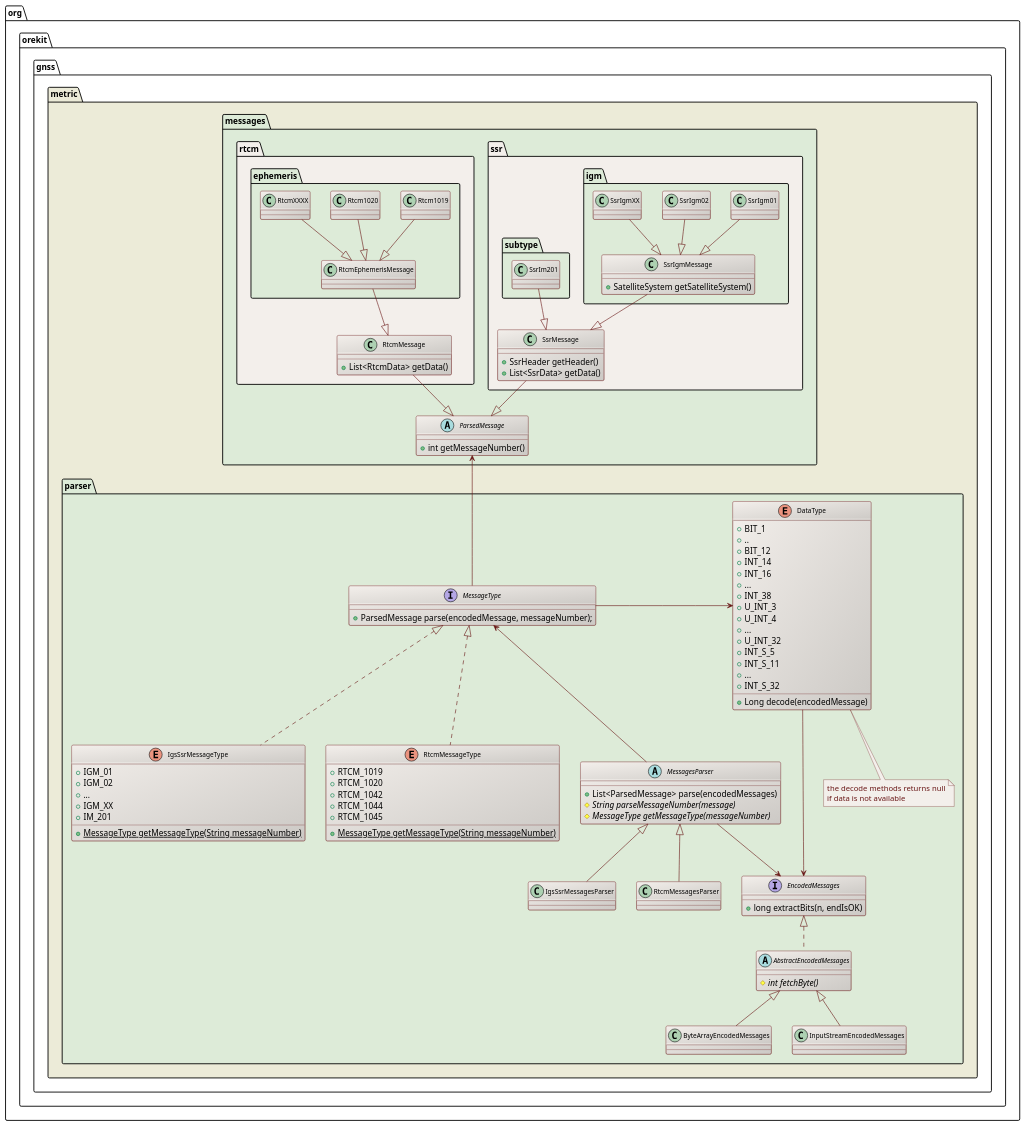
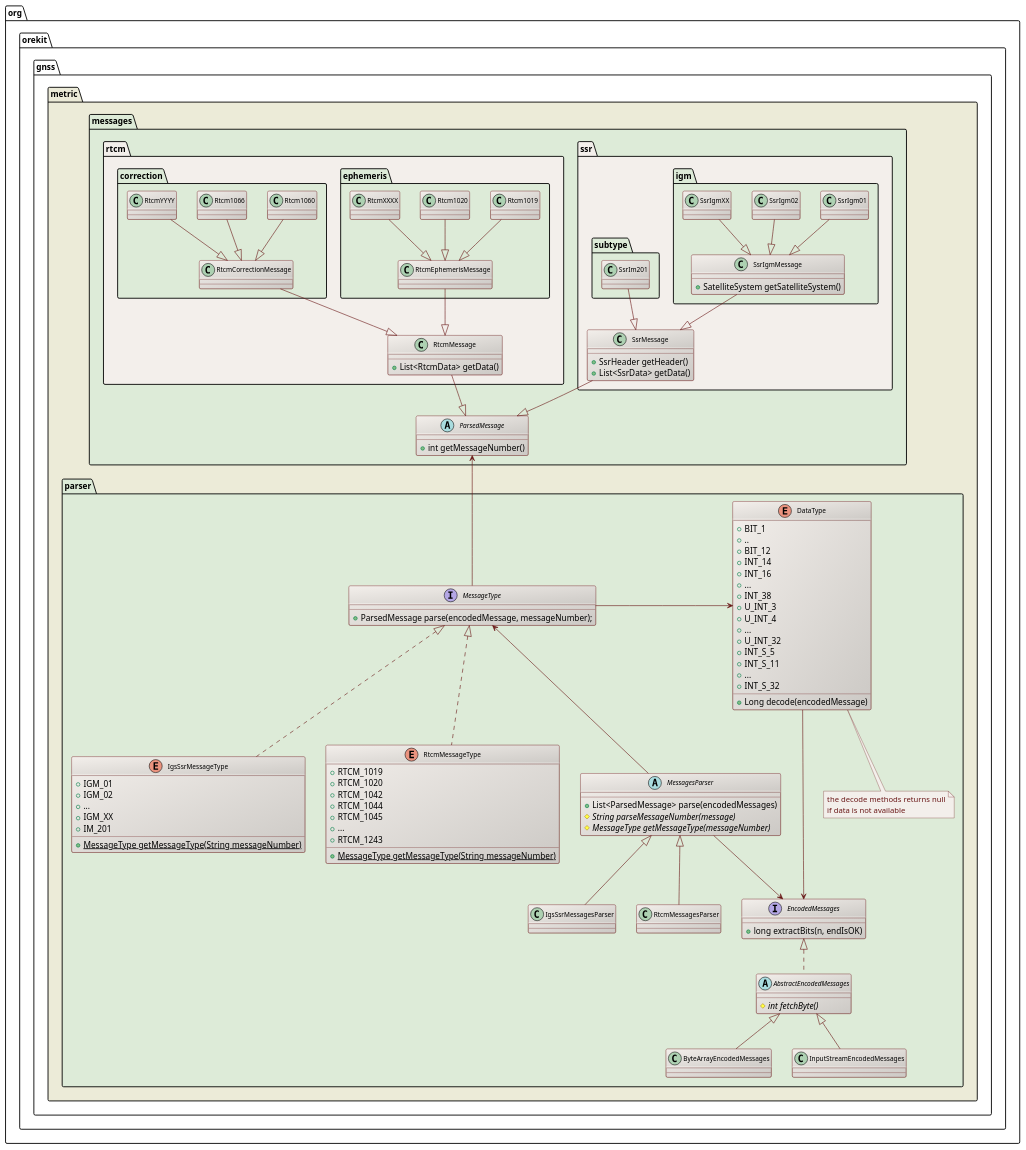
The diagram in src/design/metric-parser-class-diagram.puml (CS-SI/Orekit), drawn with PlantUML before and after one commit. The commit also changed 2 other files, not shown here.

Commit message:
Updated documentation according to the addition of RTCM messages.

```diff
--- a/src/design/metric-parser-class-diagram.puml
+++ b/src/design/metric-parser-class-diagram.puml
@@ -17,151 +17,164 @@
 @startuml
 
   skinparam svek                  true
   skinparam ClassBackgroundColor  #F3EFEB/CCC9C5
   skinparam ClassArrowColor       #691616
   skinparam ClassBorderColor      #691616
   skinparam NoteBackgroundColor   #F3EFEB
   skinparam NoteBorderColor       #691616
   skinparam NoteFontColor         #691616
   skinparam ClassFontSize         11
 
   package org.orekit.gnss.metric #ECEBD8 {
 
     package messages #DDEBD8 {
       
       package ssr #F3EFEB {
       
         package igm #DDEBD8 {
           class SsrIgm01
           class SsrIgm02
           class SsrIgmXX
           class SsrIgmMessage {
             + SatelliteSystem getSatelliteSystem()
           }
         }
         
         package subtype #DDEBD8 {
           class SsrIm201
         }
         
         class SsrMessage {
           + SsrHeader getHeader()
           + List<SsrData> getData()
         }
 
       }
       
       package rtcm #F3EFEB {
       
         package ephemeris #DDEBD8 {
           class Rtcm1019
           class Rtcm1020
           class RtcmXXXX
           class RtcmEphemerisMessage
         }
 
+        package correction #DDEBD8 {
+          class Rtcm1060
+          class Rtcm1066
+          class RtcmYYYY
+          class RtcmCorrectionMessage
+        }
+
         class RtcmMessage {
           + List<RtcmData> getData()
         }
         
       }
 
       abstract class ParsedMessage {
         +int getMessageNumber()
       }
 
       SsrMessage --|> ParsedMessage
       SsrIgmMessage --|> SsrMessage
       SsrIgm01 --|> SsrIgmMessage
       SsrIgm02 --|> SsrIgmMessage
       SsrIgmXX --|> SsrIgmMessage
       SsrIm201 --|> SsrMessage
       RtcmMessage --|> ParsedMessage
       RtcmEphemerisMessage --|> RtcmMessage
+      RtcmCorrectionMessage --|> RtcmMessage
       Rtcm1019 --|> RtcmEphemerisMessage
       Rtcm1020 --|> RtcmEphemerisMessage
       RtcmXXXX --|> RtcmEphemerisMessage
+      Rtcm1060 --|> RtcmCorrectionMessage
+      Rtcm1066 --|> RtcmCorrectionMessage
+      RtcmYYYY --|> RtcmCorrectionMessage
 
     }
 
     package parser #DDEBD8 {
     
       interface MessageType {
         + ParsedMessage parse(encodedMessage, messageNumber);
       }
       
       enum IgsSsrMessageType {
         +IGM_01
         +IGM_02
         +...
         +IGM_XX
         +IM_201
         {static} +MessageType getMessageType(String messageNumber)
       }
 
       enum RtcmMessageType {
         +RTCM_1019
         +RTCM_1020
         +RTCM_1042
         +RTCM_1044
         +RTCM_1045
+        +...
+        +RTCM_1243
         {static} +MessageType getMessageType(String messageNumber)
       }
 
       enum DataType {
         +BIT_1
         +..
         +BIT_12
         +INT_14
         +INT_16
         +...
         +INT_38
         +U_INT_3
         +U_INT_4
         +...
         +U_INT_32
         +INT_S_5
         +INT_S_11
         +...
         +INT_S_32
         +Long decode(encodedMessage)
       }
       note bottom
       the decode methods returns null
       if data is not available
       end note
 
       interface EncodedMessages {
         +long extractBits(n, endIsOK)
       }
 
       abstract class AbstractEncodedMessages {
         {abstract} #int fetchByte()
       }
 
       abstract MessagesParser {
         +List<ParsedMessage> parse(encodedMessages)
         {abstract} #String parseMessageNumber(message)
         {abstract} #MessageType getMessageType(messageNumber)
       }
       
       class IgsSsrMessagesParser
       class RtcmMessagesParser
 
       MessageType           -right-> DataType
       ParsedMessage           <--   MessageType
       DataType                -->   EncodedMessages 
       MessageType             <|..  IgsSsrMessageType
       MessageType             <|..  RtcmMessageType
       EncodedMessages         <|..  AbstractEncodedMessages 
       AbstractEncodedMessages <|--  ByteArrayEncodedMessages
       AbstractEncodedMessages <|--  InputStreamEncodedMessages
       MessagesParser <|--  IgsSsrMessagesParser
       MessagesParser <|--  RtcmMessagesParser
       MessagesParser           -->  EncodedMessages
       MessageType             <--   MessagesParser
     }
 
   }
 
 @enduml
```
